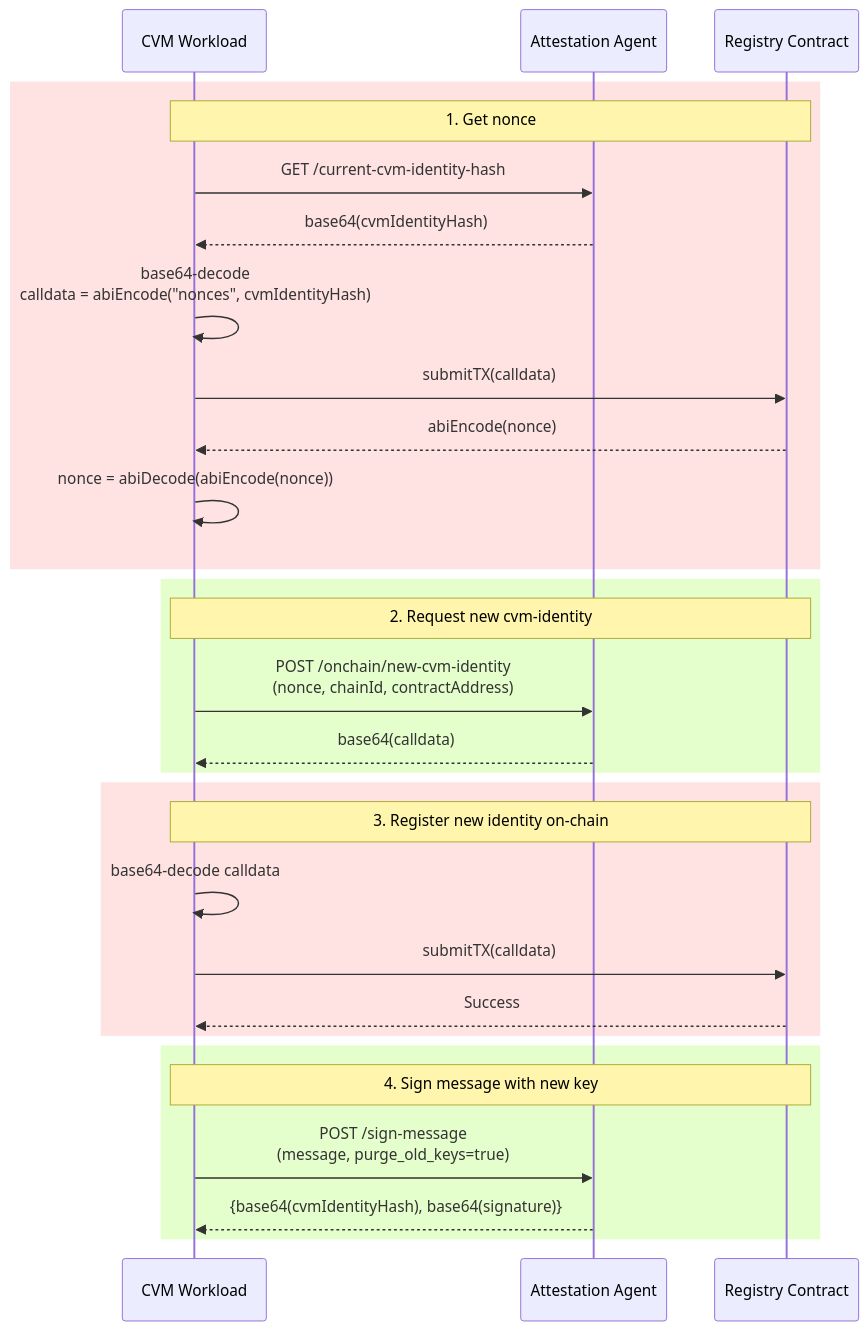
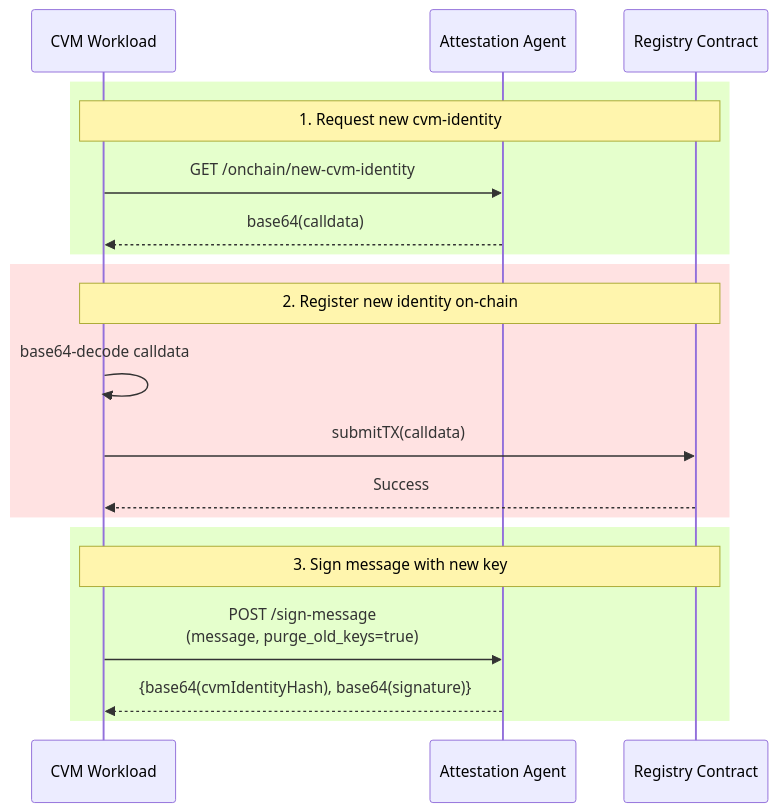
Before and after one commit to nuconstruct-ltd/automata-linux: the seventh of 7 diagrams in docs/onchain-workflows.md, drawn with Mermaid. The commit also changed other lines of this file and 1 other file, not shown here.

Commit message:
Update cvm-agent docs

````diff
--- a/docs/onchain-workflows.md
+++ b/docs/onchain-workflows.md
@@ -95,36 +136,26 @@
 ```mermaid
 sequenceDiagram
     participant CVM as CVM Workload
     participant AA as Attestation Agent
     participant RC as Registry Contract
 
-    rect rgb(255,226,226)
-        Note over CVM,RC: 1. Get nonce
-        CVM->>AA: GET /current-cvm-identity-hash
-        AA-->>CVM: base64(cvmIdentityHash)
-        CVM->>CVM: base64-decode <br/> calldata = abiEncode("nonces", cvmIdentityHash)
-        CVM->>RC: submitTX(calldata)
-        RC-->>CVM: abiEncode(nonce)
-        CVM->>CVM: nonce = abiDecode(abiEncode(nonce))
-    end
-
     rect rgb(229,255,204)
-        Note over CVM,RC: 2. Request new cvm-identity
-        CVM->>AA: POST /onchain/new-cvm-identity<br/>(nonce, chainId, contractAddress)
+        Note over CVM,RC: 1. Request new cvm-identity
+        CVM->>AA: GET /onchain/new-cvm-identity
         AA-->>CVM: base64(calldata)
     end
 
     rect rgb(255,226,226)
-        Note over CVM,RC: 3. Register new identity on-chain
+        Note over CVM,RC: 2. Register new identity on-chain
         CVM->>CVM: base64-decode calldata
         CVM->>RC: submitTX(calldata)
         RC-->>CVM: Success
     end
 
     rect rgb(229,255,204)
-        Note over CVM, RC: 4. Sign message with new key
+        Note over CVM, RC: 3. Sign message with new key
         CVM->>AA: POST /sign-message <br/>(message, purge_old_keys=true)
         AA-->>CVM: {base64(cvmIdentityHash), base64(signature)}
     end
 
 ```
````
